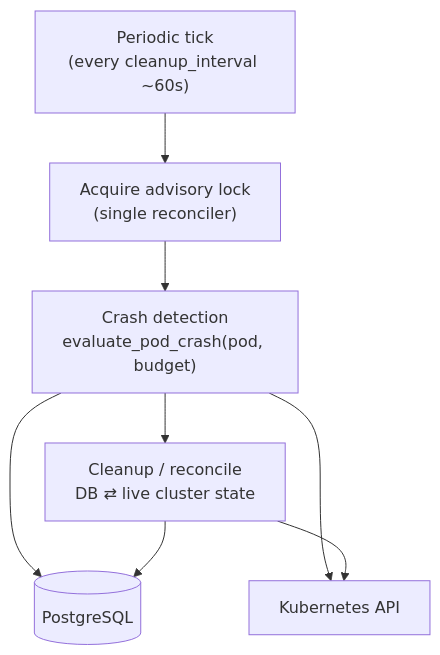
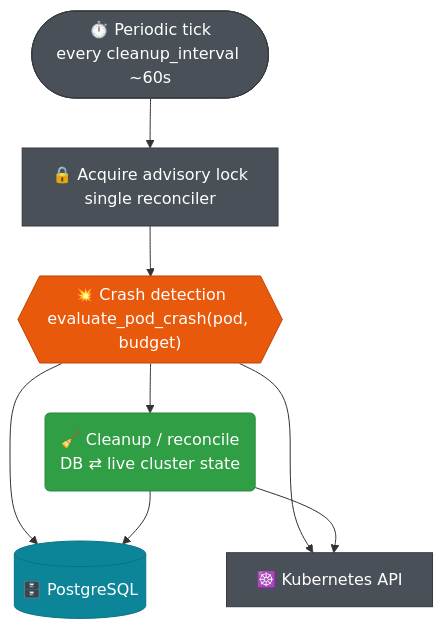
Before and after one commit to JetBrains-Research/idegym: the diagram in website/docs/architecture/watcher.md, drawn with Mermaid. The commit also changed 10 other files, not shown here.

First line of the commit message:
[JBRes-9938] restyle diagrams: shapes, colors, aligned labels; no dead-click nodes

````diff
--- a/website/docs/architecture/watcher.md
+++ b/website/docs/architecture/watcher.md
@@ -15,20 +15,25 @@
 ```mermaid
 flowchart TB
-    timer["Periodic tick<br/>(every cleanup_interval ~60s)"]
-    lock["Acquire advisory lock<br/>(single reconciler)"]
-    crash["Crash detection<br/>evaluate_pod_crash(pod, budget)"]
-    cleanup["Cleanup / reconcile<br/>DB ⇄ live cluster state"]
-    db[("PostgreSQL")]
-    kapi["Kubernetes API"]
+    timer(["⏱️ Periodic tick<br/>every cleanup_interval ~60s"]):::infra
+    lock["🔒 Acquire advisory lock<br/>single reconciler"]:::infra
+    crash{{"💥 Crash detection<br/>evaluate_pod_crash(pod, budget)"}}:::ctrl
+    cleanup("🧹 Cleanup / reconcile<br/>DB ⇄ live cluster state"):::tool
+    db[("🗄️ PostgreSQL")]:::store
+    kapi["☸️ Kubernetes API"]:::infra
 
     timer --> lock --> crash --> cleanup
     crash --> db
     crash --> kapi
     cleanup --> db
     cleanup --> kapi
 
+    classDef ctrl fill:#e8590c,stroke:#c04405,color:#fff;
+    classDef tool fill:#2f9e44,stroke:#2b8a3e,color:#fff;
+    classDef store fill:#0c8599,stroke:#0b7285,color:#fff;
+    classDef infra fill:#495057,stroke:#343a40,color:#fff;
+
     click timer "https://github.com/JetBrains-Research/idegym/blob/main/watcher/src/idegym/watcher/main.py" "watcher loop source"
     click crash "https://github.com/JetBrains-Research/idegym/blob/main/watcher/src/idegym/watcher/crash_detector.py" "crash detector source"
     click cleanup "https://github.com/JetBrains-Research/idegym/blob/main/watcher/src/idegym/watcher/cleanup.py" "cleanup source"
     click lock "https://github.com/JetBrains-Research/idegym/blob/main/watcher/src/idegym/watcher/cleanup.py" "advisory lock in cleanup"
 ```
````
